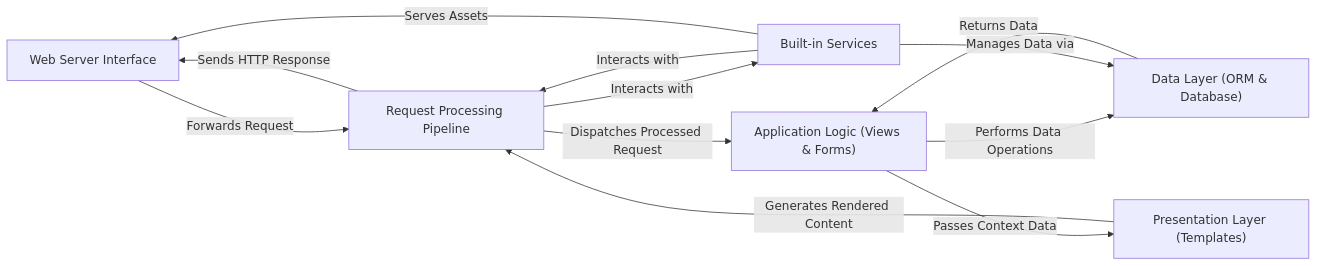
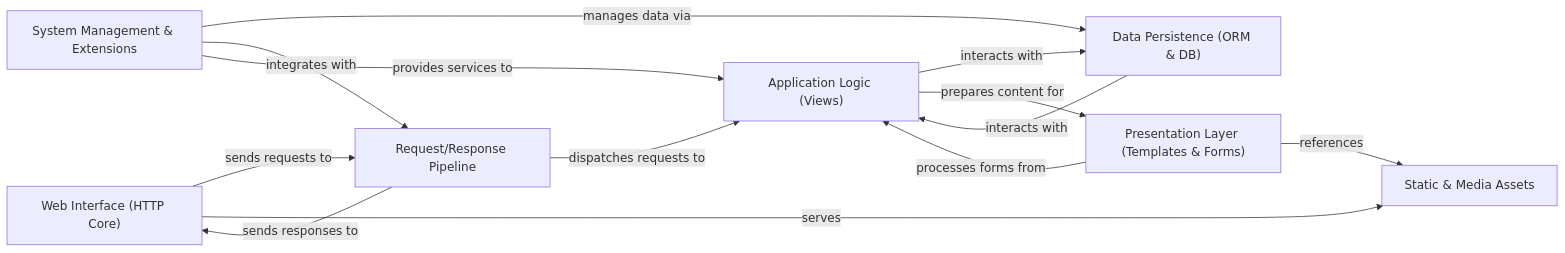
Before and after one commit to CodeBoarding/GeneratedOnBoardings: the diagram in django/on_boarding.md, drawn with Mermaid. The commit also changed other lines of this file and 13 other files, not shown here.

````diff
--- a/django/on_boarding.md
+++ b/django/on_boarding.md
@@ -1,26 +1,29 @@
 ```mermaid
 graph LR
-    Web_Server_Interface["Web Server Interface"]
-    Request_Processing_Pipeline["Request Processing Pipeline"]
-    Application_Logic_Views_Forms_["Application Logic (Views & Forms)"]
-    Data_Layer_ORM_Database_["Data Layer (ORM & Database)"]
-    Presentation_Layer_Templates_["Presentation Layer (Templates)"]
-    Built_in_Services["Built-in Services"]
-    Web_Server_Interface -- "Forwards Request" --> Request_Processing_Pipeline
-    Request_Processing_Pipeline -- "Dispatches Processed Request" --> Application_Logic_Views_Forms_
-    Application_Logic_Views_Forms_ -- "Performs Data Operations" --> Data_Layer_ORM_Database_
-    Data_Layer_ORM_Database_ -- "Returns Data" --> Application_Logic_Views_Forms_
-    Application_Logic_Views_Forms_ -- "Passes Context Data" --> Presentation_Layer_Templates_
-    Presentation_Layer_Templates_ -- "Generates Rendered Content" --> Request_Processing_Pipeline
-    Request_Processing_Pipeline -- "Sends HTTP Response" --> Web_Server_Interface
-    Built_in_Services -- "Interacts with" --> Request_Processing_Pipeline
-    Request_Processing_Pipeline -- "Interacts with" --> Built_in_Services
-    Built_in_Services -- "Manages Data via" --> Data_Layer_ORM_Database_
-    Built_in_Services -- "Serves Assets" --> Web_Server_Interface
-    click Web_Server_Interface href "https://github.com/CodeBoarding/GeneratedOnBoardings/blob/main/django/Web_Server_Interface.md" "Details"
-    click Request_Processing_Pipeline href "https://github.com/CodeBoarding/GeneratedOnBoardings/blob/main/django/Request_Processing_Pipeline.md" "Details"
-    click Application_Logic_Views_Forms_ href "https://github.com/CodeBoarding/GeneratedOnBoardings/blob/main/django/Application_Logic_Views_Forms_.md" "Details"
-    click Data_Layer_ORM_Database_ href "https://github.com/CodeBoarding/GeneratedOnBoardings/blob/main/django/Data_Layer_ORM_Database_.md" "Details"
-    click Presentation_Layer_Templates_ href "https://github.com/CodeBoarding/GeneratedOnBoardings/blob/main/django/Presentation_Layer_Templates_.md" "Details"
-    click Built_in_Services href "https://github.com/CodeBoarding/GeneratedOnBoardings/blob/main/django/Built_in_Services.md" "Details"
+    Web_Interface_HTTP_Core_["Web Interface (HTTP Core)"]
+    Request_Response_Pipeline["Request/Response Pipeline"]
+    Application_Logic_Views_["Application Logic (Views)"]
+    Data_Persistence_ORM_DB_["Data Persistence (ORM & DB)"]
+    Presentation_Layer_Templates_Forms_["Presentation Layer (Templates & Forms)"]
+    Static_Media_Assets["Static & Media Assets"]
+    System_Management_Extensions["System Management & Extensions"]
+    Web_Interface_HTTP_Core_ -- "sends requests to" --> Request_Response_Pipeline
+    Request_Response_Pipeline -- "sends responses to" --> Web_Interface_HTTP_Core_
+    Request_Response_Pipeline -- "dispatches requests to" --> Application_Logic_Views_
+    Application_Logic_Views_ -- "interacts with" --> Data_Persistence_ORM_DB_
+    Data_Persistence_ORM_DB_ -- "interacts with" --> Application_Logic_Views_
+    Application_Logic_Views_ -- "prepares content for" --> Presentation_Layer_Templates_Forms_
+    Presentation_Layer_Templates_Forms_ -- "processes forms from" --> Application_Logic_Views_
+    Presentation_Layer_Templates_Forms_ -- "references" --> Static_Media_Assets
+    Web_Interface_HTTP_Core_ -- "serves" --> Static_Media_Assets
+    System_Management_Extensions -- "manages data via" --> Data_Persistence_ORM_DB_
+    System_Management_Extensions -- "integrates with" --> Request_Response_Pipeline
+    System_Management_Extensions -- "provides services to" --> Application_Logic_Views_
+    click Web_Interface_HTTP_Core_ href "https://github.com/CodeBoarding/GeneratedOnBoardings/blob/main/django/Web_Interface_HTTP_Core_.md" "Details"
+    click Request_Response_Pipeline href "https://github.com/CodeBoarding/GeneratedOnBoardings/blob/main/django/Request_Response_Pipeline.md" "Details"
+    click Application_Logic_Views_ href "https://github.com/CodeBoarding/GeneratedOnBoardings/blob/main/django/Application_Logic_Views_.md" "Details"
+    click Data_Persistence_ORM_DB_ href "https://github.com/CodeBoarding/GeneratedOnBoardings/blob/main/django/Data_Persistence_ORM_DB_.md" "Details"
+    click Presentation_Layer_Templates_Forms_ href "https://github.com/CodeBoarding/GeneratedOnBoardings/blob/main/django/Presentation_Layer_Templates_Forms_.md" "Details"
+    click Static_Media_Assets href "https://github.com/CodeBoarding/GeneratedOnBoardings/blob/main/django/Static_Media_Assets.md" "Details"
+    click System_Management_Extensions href "https://github.com/CodeBoarding/GeneratedOnBoardings/blob/main/django/System_Management_Extensions.md" "Details"
 ```
````
